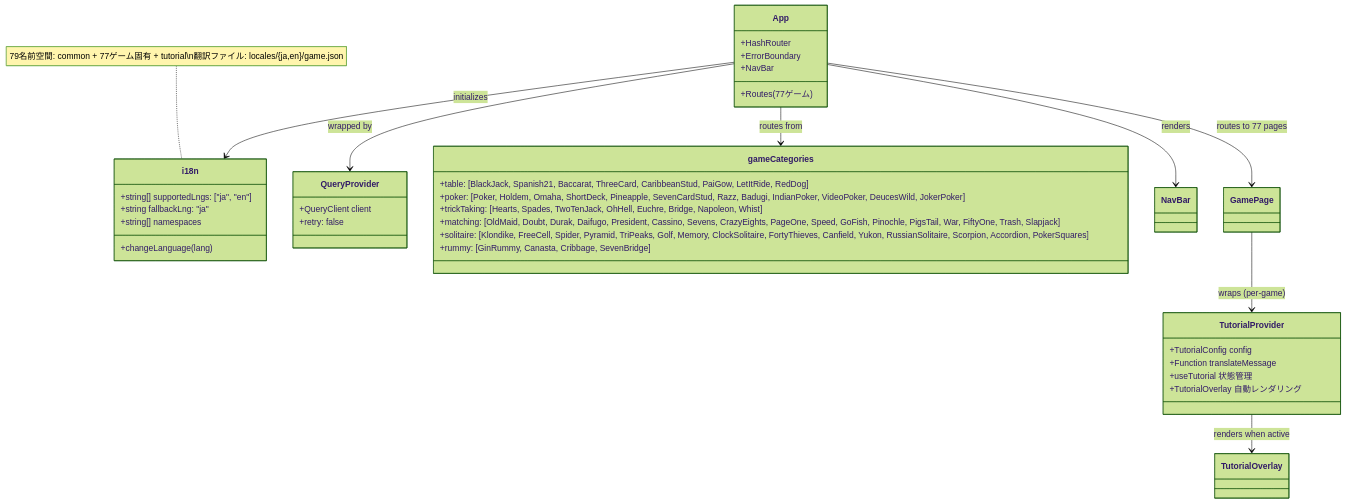
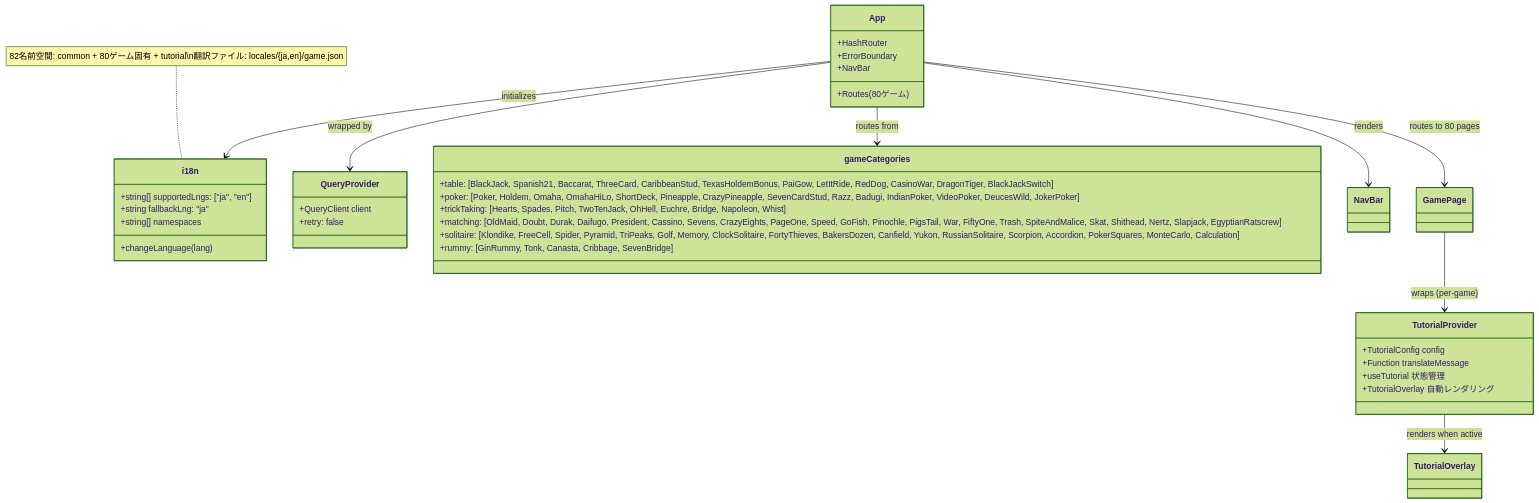
Before and after one commit to yuta-yoshinaga/go_trumpcards: the ninth of 40 diagrams in docs/design/frontend.md, drawn with Mermaid (forest theme). The commit also changed other lines of this file and 1 other file, not shown here.

Commit message:
docs(design): sync UML diagrams with 80-game roster
Update game-count references in `docs/design/{backend,frontend}.md` from
77 to 80 to reflect the additions of pitch, casinowar, dragontiger,
blackjackswitch, and montecarlo. Also expand the frontend `gameCategories`
class diagram and the BlackJackApi note so they enumerate all 80 games
instead of subsets that had drifted as new games landed.

Refs #1805

````diff
--- a/docs/design/frontend.md
+++ b/docs/design/frontend.md
@@ -1882,47 +1882,47 @@
 ```mermaid
 classDiagram
     class i18n {
         +string[] supportedLngs: ["ja", "en"]
         +string fallbackLng: "ja"
         +string[] namespaces
         +changeLanguage(lang)
     }
 
     class QueryProvider {
         +QueryClient client
         +retry: false
     }
 
     class App {
         +HashRouter
         +ErrorBoundary
         +NavBar
-        +Routes (77ゲーム)
+        +Routes (80ゲーム)
     }
 
     class gameCategories {
-        +table: [BlackJack, Spanish21, Baccarat, ThreeCard, CaribbeanStud, PaiGow, LetItRide, RedDog]
-        +poker: [Poker, Holdem, Omaha, ShortDeck, Pineapple, SevenCardStud, Razz, Badugi, IndianPoker, VideoPoker, DeucesWild, JokerPoker]
-        +trickTaking: [Hearts, Spades, TwoTenJack, OhHell, Euchre, Bridge, Napoleon, Whist]
-        +matching: [OldMaid, Doubt, Durak, Daifugo, President, Cassino, Sevens, CrazyEights, PageOne, Speed, GoFish, Pinochle, PigsTail, War, FiftyOne, Trash, Slapjack]
-        +solitaire: [Klondike, FreeCell, Spider, Pyramid, TriPeaks, Golf, Memory, ClockSolitaire, FortyThieves, Canfield, Yukon, RussianSolitaire, Scorpion, Accordion, PokerSquares]
-        +rummy: [GinRummy, Canasta, Cribbage, SevenBridge]
+        +table: [BlackJack, Spanish21, Baccarat, ThreeCard, CaribbeanStud, TexasHoldemBonus, PaiGow, LetItRide, RedDog, CasinoWar, DragonTiger, BlackJackSwitch]
+        +poker: [Poker, Holdem, Omaha, OmahaHiLo, ShortDeck, Pineapple, CrazyPineapple, SevenCardStud, Razz, Badugi, IndianPoker, VideoPoker, DeucesWild, JokerPoker]
+        +trickTaking: [Hearts, Spades, Pitch, TwoTenJack, OhHell, Euchre, Bridge, Napoleon, Whist]
+        +matching: [OldMaid, Doubt, Durak, Daifugo, President, Cassino, Sevens, CrazyEights, PageOne, Speed, GoFish, Pinochle, PigsTail, War, FiftyOne, Trash, SpiteAndMalice, Skat, Shithead, Nertz, Slapjack, EgyptianRatscrew]
+        +solitaire: [Klondike, FreeCell, Spider, Pyramid, TriPeaks, Golf, Memory, ClockSolitaire, FortyThieves, BakersDozen, Canfield, Yukon, RussianSolitaire, Scorpion, Accordion, PokerSquares, MonteCarlo, Calculation]
+        +rummy: [GinRummy, Tonk, Canasta, Cribbage, SevenBridge]
     }
 
     class TutorialProvider {
         +TutorialConfig config
         +Function translateMessage
         +useTutorial 状態管理
         +TutorialOverlay 自動レンダリング
     }
 
     App --> QueryProvider : wrapped by
     App --> i18n : initializes
     App --> gameCategories : routes from
     App --> NavBar : renders
-    App --> GamePage : routes to 77 pages
+    App --> GamePage : routes to 80 pages
     GamePage --> TutorialProvider : wraps (per-game)
     TutorialProvider --> TutorialOverlay : renders when active
 
-    note for i18n "79名前空間: common + 77ゲーム固有 + tutorial\n翻訳ファイル: locales/{ja,en}/game.json"
+    note for i18n "82名前空間: common + 80ゲーム固有 + tutorial\n翻訳ファイル: locales/{ja,en}/game.json"
 ```
````
